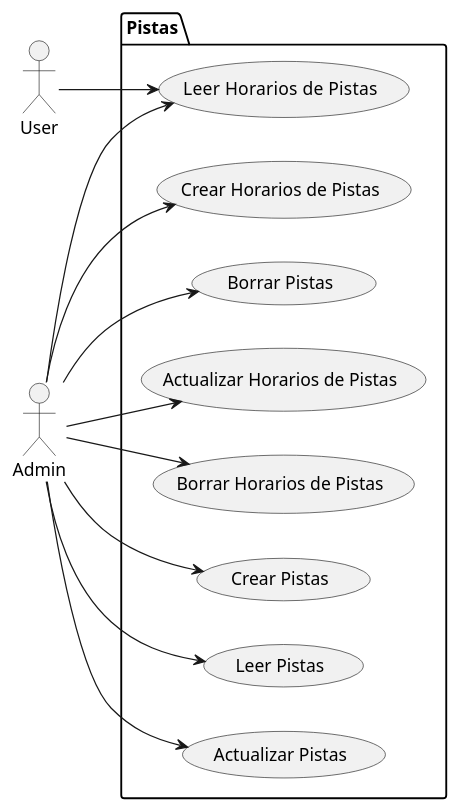
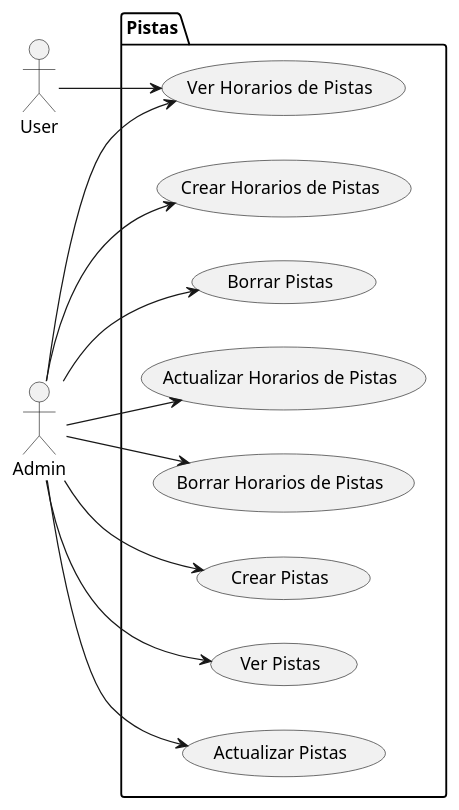
One commit to pablarce/23-24-IdSw1-SDR changed the diagram in CasosDeUso/CasosDeUso/Pistas.puml. Above: the diagram before and after it, drawn with PlantUML. The commit also changed 1 other file, not shown here.

Commit message:
Update CduPistas

```diff
--- a/CasosDeUso/CasosDeUso/Pistas.puml
+++ b/CasosDeUso/CasosDeUso/Pistas.puml
@@ -1,35 +1,35 @@
 @startuml
 
 left to right direction
 
 actor User as U
 actor Admin as A
 
 package Pistas {
 
     usecase "Crear Horarios de Pistas" as UC1
-    usecase "Leer  Horarios de Pistas" as UC2
+    usecase "Ver  Horarios de Pistas" as UC2
     usecase "Actualizar Horarios de Pistas" as UC3
     usecase "Borrar Horarios de Pistas" as UC4
 
     usecase "Crear Pistas" as UC5
-    usecase "Leer Pistas" as UC6
+    usecase "Ver Pistas" as UC6
     usecase "Actualizar Pistas" as UC7
     usecase "Borrar Pistas" as UC8
 }
 
 U -->UC2
 
 A -->UC1
 A -->UC2
 A -->UC3
 A -->UC4
 A -->UC5
 A -->UC6
 A -->UC7
 A -->UC8
 
 
 
 
 @enduml
```
